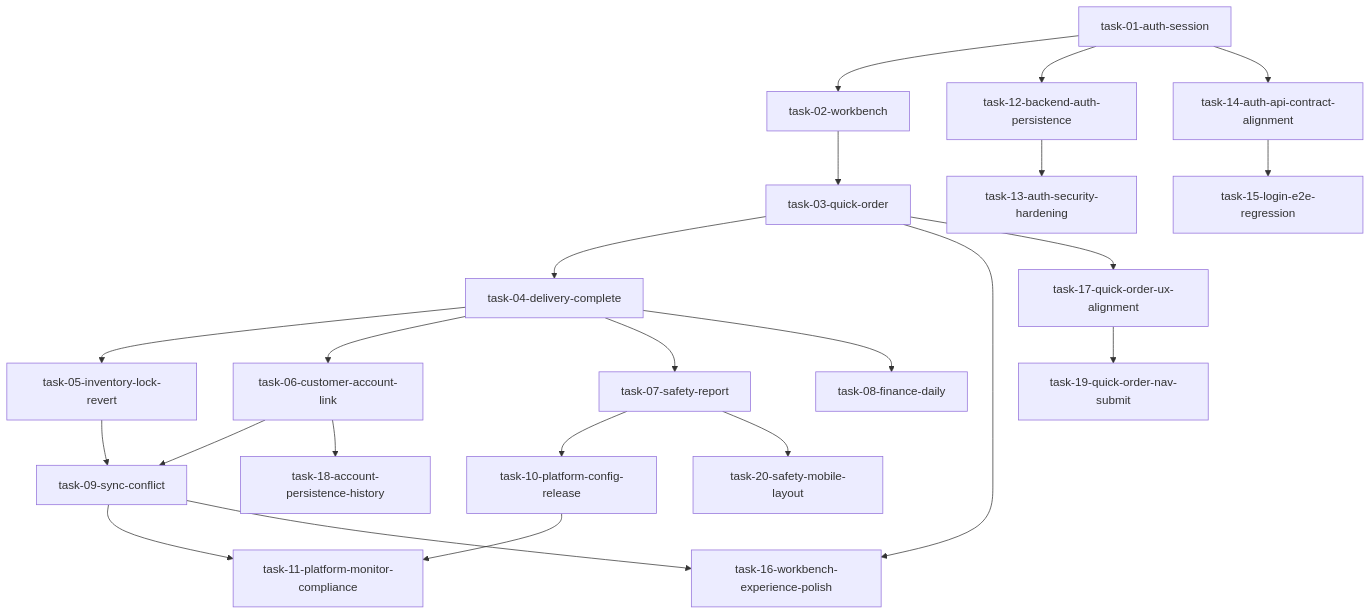
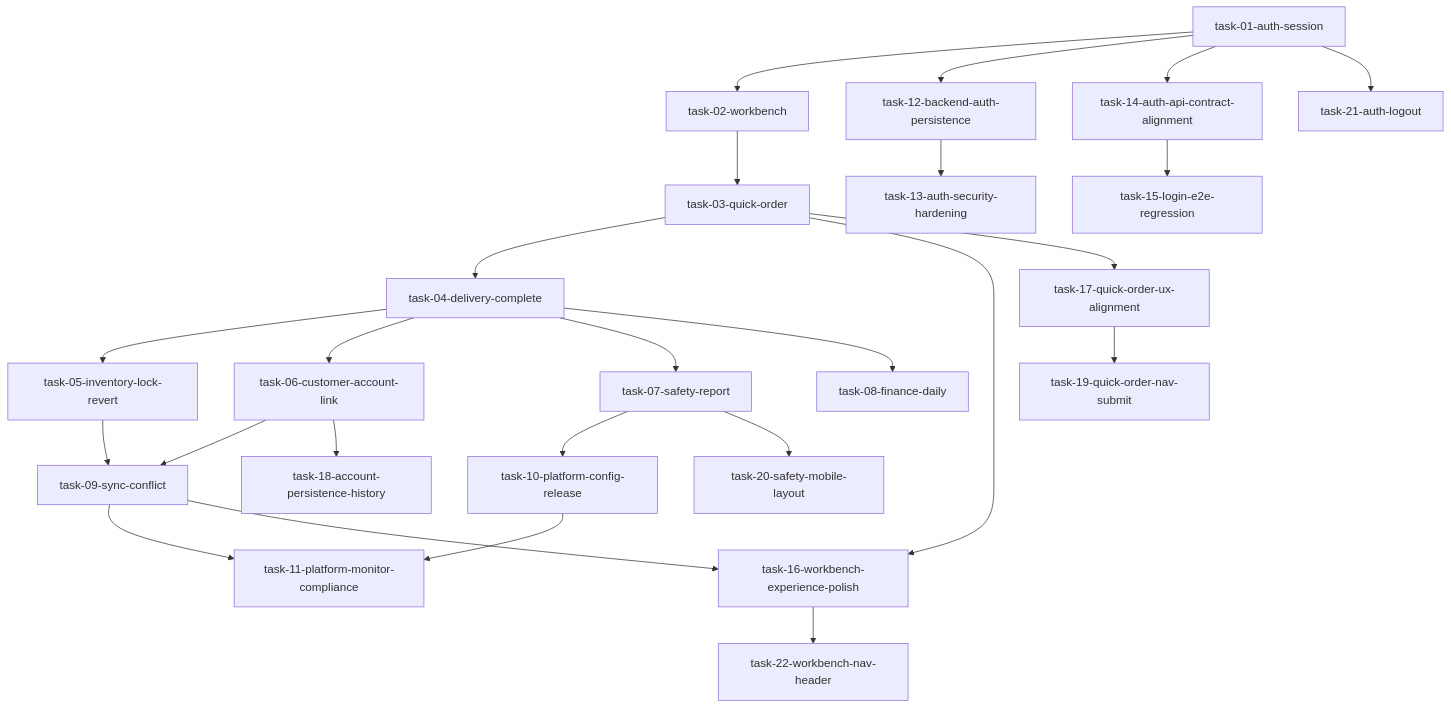
The diagram in .trellis/tasks/feature-task-map.md (PojoZheng/lpg_gas_project), drawn with Mermaid before and after one commit. The commit also changed other lines of this file and 3 other files, not shown here.

Commit message:
feat(trellis): add task 21 logout flow and task 22 workbench nav/header polish

````diff
--- a/.trellis/tasks/feature-task-map.md
+++ b/.trellis/tasks/feature-task-map.md
@@ -21,25 +23,27 @@
 ```mermaid
 flowchart TD
 t01[task-01-auth-session] --> t02[task-02-workbench]
 t02 --> t03[task-03-quick-order]
 t03 --> t04[task-04-delivery-complete]
 t04 --> t05[task-05-inventory-lock-revert]
 t04 --> t06[task-06-customer-account-link]
 t04 --> t07[task-07-safety-report]
 t04 --> t08[task-08-finance-daily]
 t05 --> t09[task-09-sync-conflict]
 t06 --> t09
 t07 --> t10[task-10-platform-config-release]
 t09 --> t11[task-11-platform-monitor-compliance]
 t10 --> t11
 t01 --> t12[task-12-backend-auth-persistence]
 t12 --> t13[task-13-auth-security-hardening]
 t01 --> t14[task-14-auth-api-contract-alignment]
 t14 --> t15[task-15-login-e2e-regression]
 t03 --> t16[task-16-workbench-experience-polish]
 t09 --> t16
 t03 --> t17[task-17-quick-order-ux-alignment]
 t06 --> t18[task-18-account-persistence-history]
 t17 --> t19[task-19-quick-order-nav-submit]
 t07 --> t20[task-20-safety-mobile-layout]
+t01 --> t21[task-21-auth-logout]
+t16 --> t22[task-22-workbench-nav-header]
 ```
````
